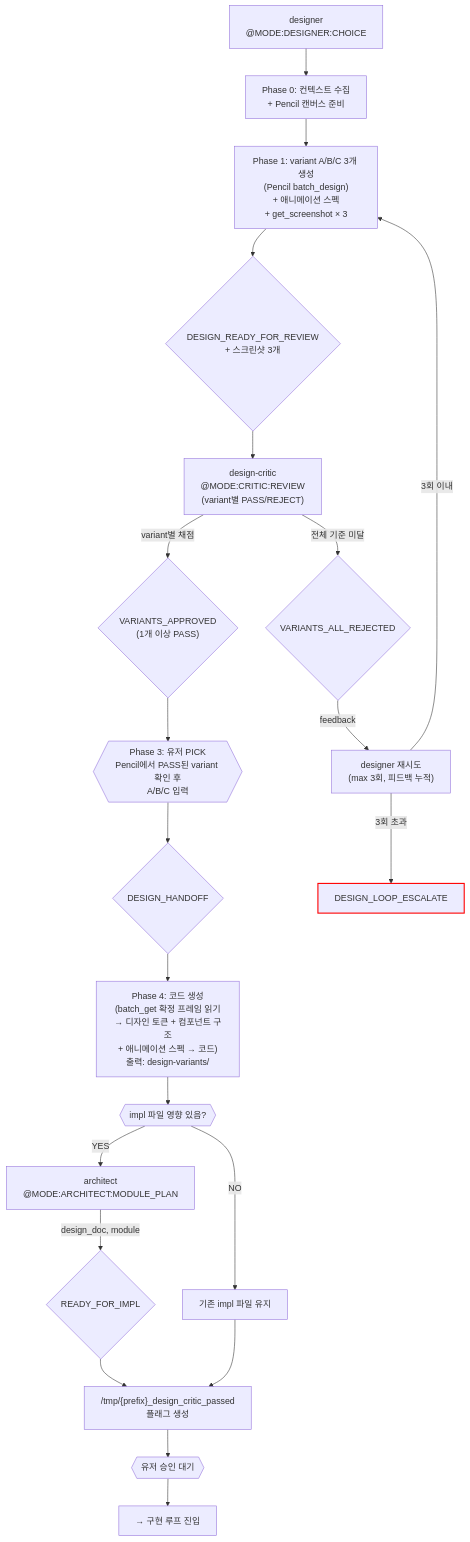
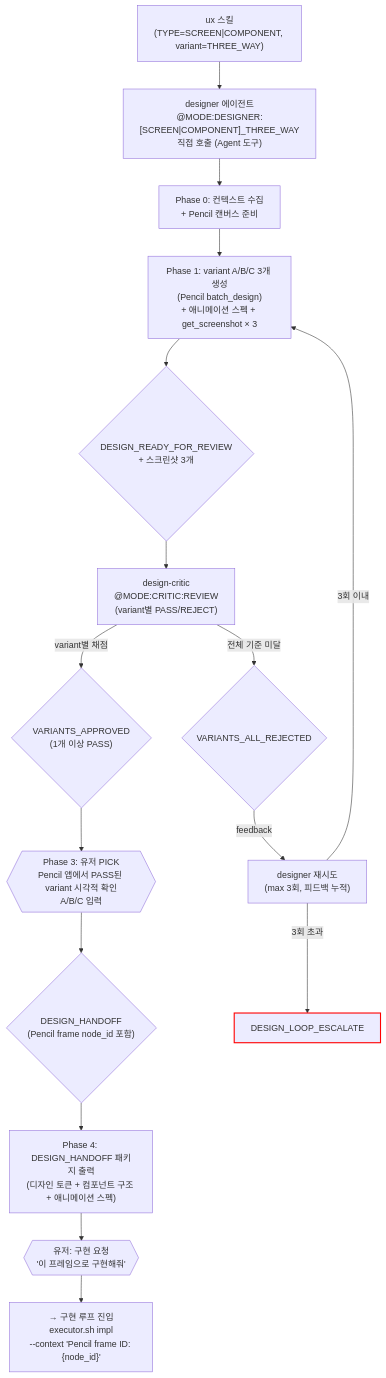
The second of 2 diagrams in orchestration/design.md (alruminum/ClaudeCodeAgentPrompt), drawn with Mermaid before and after one commit. The commit also changed other lines of this file and 12 other files, not shown here.

````diff
--- a/orchestration/design.md
+++ b/orchestration/design.md
@@ -78,71 +79,60 @@
 ```mermaid
 flowchart TD
-    DES["designer
-@MODE:DESIGNER:CHOICE"]
+    UX_SKILL["ux 스킬
+(TYPE=SCREEN|COMPONENT, variant=THREE_WAY)"]
+    DES["designer 에이전트
+@MODE:DESIGNER:[SCREEN|COMPONENT]_THREE_WAY
+직접 호출 (Agent 도구)"]
     P0["Phase 0: 컨텍스트 수집
 + Pencil 캔버스 준비"]
     P1["Phase 1: variant A/B/C 3개 생성
 (Pencil batch_design)
-+ 애니메이션 스펙
-+ get_screenshot × 3"]
++ 애니메이션 스펙 + get_screenshot × 3"]
     DRR{"DESIGN_READY_FOR_REVIEW
 + 스크린샷 3개"}
 
     CRITIC["design-critic
 @MODE:CRITIC:REVIEW
 (variant별 PASS/REJECT)"]
 
     APPROVED{"VARIANTS_APPROVED
 (1개 이상 PASS)"}
     ALL_REJ{"VARIANTS_ALL_REJECTED"}
     DES_RETRY["designer 재시도
 (max 3회, 피드백 누적)"]
     DLE["DESIGN_LOOP_ESCALATE"]:::escalation
 
     PHASE3{{"Phase 3: 유저 PICK
-Pencil에서 PASS된 variant 확인 후
+Pencil 앱에서 PASS된 variant 시각적 확인
 A/B/C 입력"}}
-    HANDOFF{"DESIGN_HANDOFF"}
+    HANDOFF{"DESIGN_HANDOFF
+(Pencil frame node_id 포함)"}
+    P4["Phase 4: DESIGN_HANDOFF 패키지 출력
+(디자인 토큰 + 컴포넌트 구조 + 애니메이션 스펙)"]
 
-    P4["Phase 4: 코드 생성
-(batch_get 확정 프레임 읽기
-→ 디자인 토큰 + 컴포넌트 구조
-+ 애니메이션 스펙 → 코드)
-출력: design-variants/"]
+    USER_IMPL{{"유저: 구현 요청
+'이 프레임으로 구현해줘'"}}
+    IMPL_ENTRY["→ 구현 루프 진입
+executor.sh impl
+--context 'Pencil frame ID: {node_id}'"]
 
-    IMPL_CHK{{"impl 파일 영향 있음?"}}
-    ARC_MP["architect
-@MODE:ARCHITECT:MODULE_PLAN"]
-    RFI{"READY_FOR_IMPL"}
-    KEEP["기존 impl 파일 유지"]
-
-    FLAG["/tmp/{prefix}_design_critic_passed
-플래그 생성"]
-    USER_APPROVE{{"유저 승인 대기"}}
-    IMPL_ENTRY["→ 구현 루프 진입"]
-
+    UX_SKILL --> DES
     DES --> P0
     P0 --> P1
     P1 --> DRR
     DRR --> CRITIC
     CRITIC -->|"variant별 채점"| APPROVED
     CRITIC -->|"전체 기준 미달"| ALL_REJ
 
     APPROVED --> PHASE3
     ALL_REJ -->|feedback| DES_RETRY
     DES_RETRY -->|"3회 초과"| DLE
     DES_RETRY -->|"3회 이내"| P1
 
     PHASE3 --> HANDOFF
     HANDOFF --> P4
-    P4 --> IMPL_CHK
-    IMPL_CHK -->|YES| ARC_MP
-    ARC_MP -->|"design_doc, module"| RFI
-    IMPL_CHK -->|NO| KEEP
-    RFI --> FLAG
-    KEEP --> FLAG
-    FLAG --> USER_APPROVE
-    USER_APPROVE --> IMPL_ENTRY
+    P4 --> USER_IMPL
+    USER_IMPL --> IMPL_ENTRY
 
     classDef escalation stroke:#f00,stroke-width:2px
 ```
````
